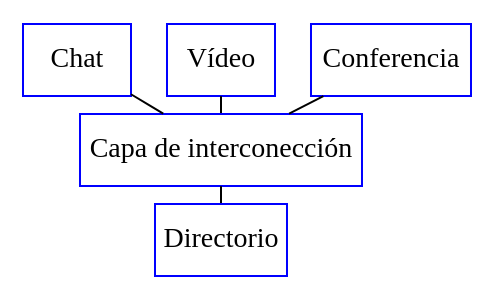
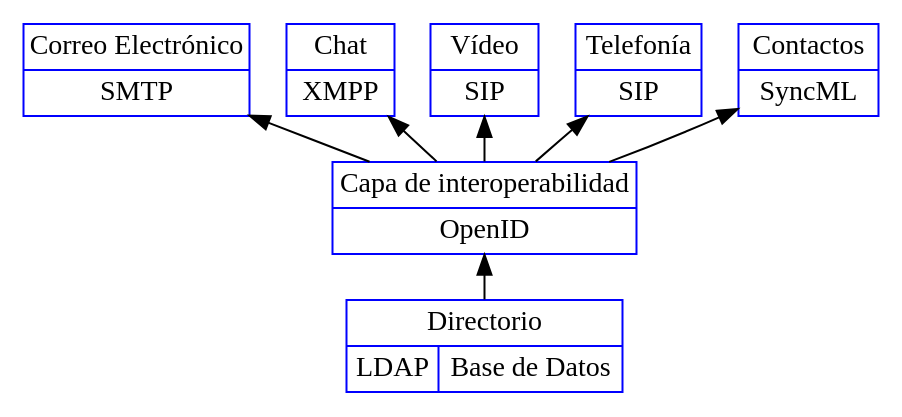
One commit to carlosremuzzi/social-tools changed the diagram in Arquitectura.gv. Above: the diagram before and after it, drawn with Graphviz. The commit also changed 2 other files, not shown here.

Commit message:
Arquitectura

```diff
--- a/Arquitectura.gv
+++ b/Arquitectura.gv
@@ -1,17 +1,22 @@
 
-graph Arquitectura {
-rankdir=BT;
-spline=curved;
-ranksep = "0.02 equally";
-node[shape=record, overlap="true", color="blue", width=full, height=auto, fontname="Liberation Sans Narrow"];
-graph[spline=curved];
-"Directorio" -- "Capa de interconección"
-"Capa de interconección" -- "Chat"
-"Capa de interconección" -- "Vídeo"
-"Capa de interconección" -- "Conferencia"
-#"" -- ""
-#"" -- ""
-#"" -- ""
-#"" -- ""
+digraph Arquitectura {
+  rankdir=BT;
+  spline=curved;
+  ranksep = "0.3 equally";
+  node[shape=record, overlap="true", color="blue", width=full, height=auto, fontname="Liberation Sans Narrow"];
+  graph[spline=curved];
+  D [label="{Directorio|{LDAP|Base de Datos}}"];
+  I [label="{Capa de interoperabilidad|OpenID}"];
+  Correo [label="{Correo Electrónico|SMTP}"];
+  Chat [label= "{Chat|XMPP}"];
+  Vídeo [label= "{Vídeo|SIP}"];
+  Telefonía [label= "{Telefonía|SIP}"];
+  Contactos [label= "{Contactos|SyncML}"];
+  D -> I
+  I -> Correo
+  I -> Chat
+  I -> Vídeo
+  I -> Telefonía
+  I -> Contactos
 
 }
```
